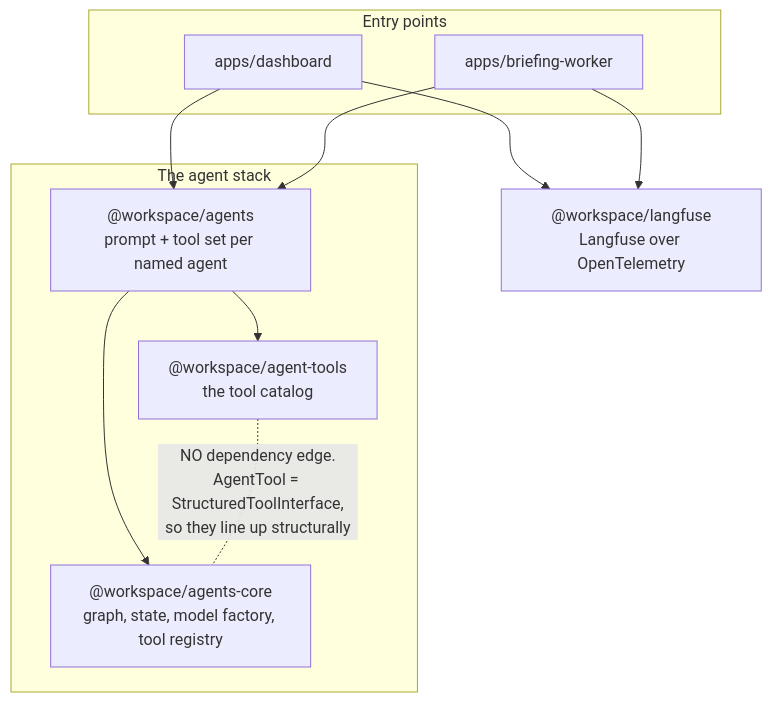
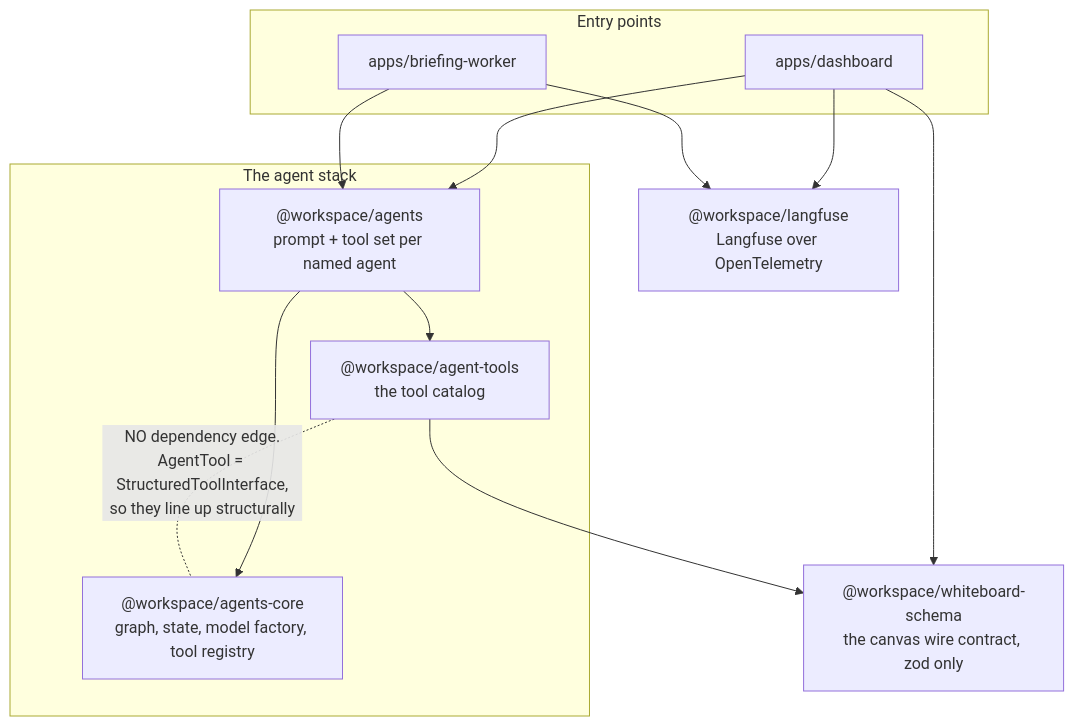
One commit to sunnyeyles/control-panel changed the first of 5 diagrams in docs/agent-architecture.md. Above: the diagram before and after it, drawn with Mermaid. The commit also changed other lines of this file and 75 other files, not shown here.

````diff
--- a/docs/agent-architecture.md
+++ b/docs/agent-architecture.md
@@ -21,25 +21,29 @@
 ```mermaid
 flowchart TD
     subgraph entry ["Entry points"]
         DASH["apps/dashboard"]
         WORK["apps/briefing-worker"]
     end
 
     subgraph stack ["The agent stack"]
         AGENTS["@workspace/agents<br/>prompt + tool set per named agent"]
         CORE["@workspace/agents-core<br/>graph, state, model factory, tool registry"]
         TOOLS["@workspace/agent-tools<br/>the tool catalog"]
     end
 
     LF["@workspace/langfuse<br/>Langfuse over OpenTelemetry"]
+    WB["@workspace/whiteboard-schema<br/>the canvas wire contract, zod only"]
 
     DASH --> AGENTS
     WORK --> AGENTS
     DASH --> LF
     WORK --> LF
 
     AGENTS --> CORE
     AGENTS --> TOOLS
 
+    DASH --> WB
+    TOOLS --> WB
+
     TOOLS -. "NO dependency edge.<br/>AgentTool = StructuredToolInterface,<br/>so they line up structurally" .- CORE
 ```
````
